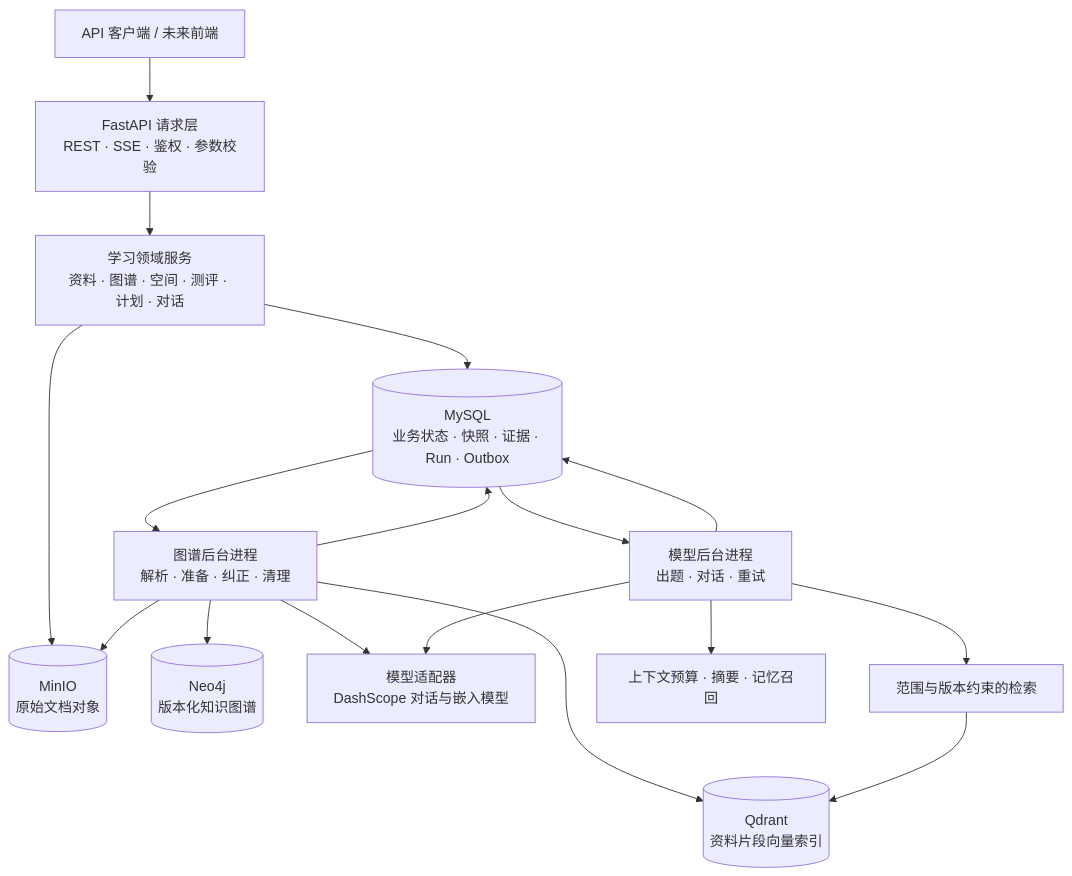
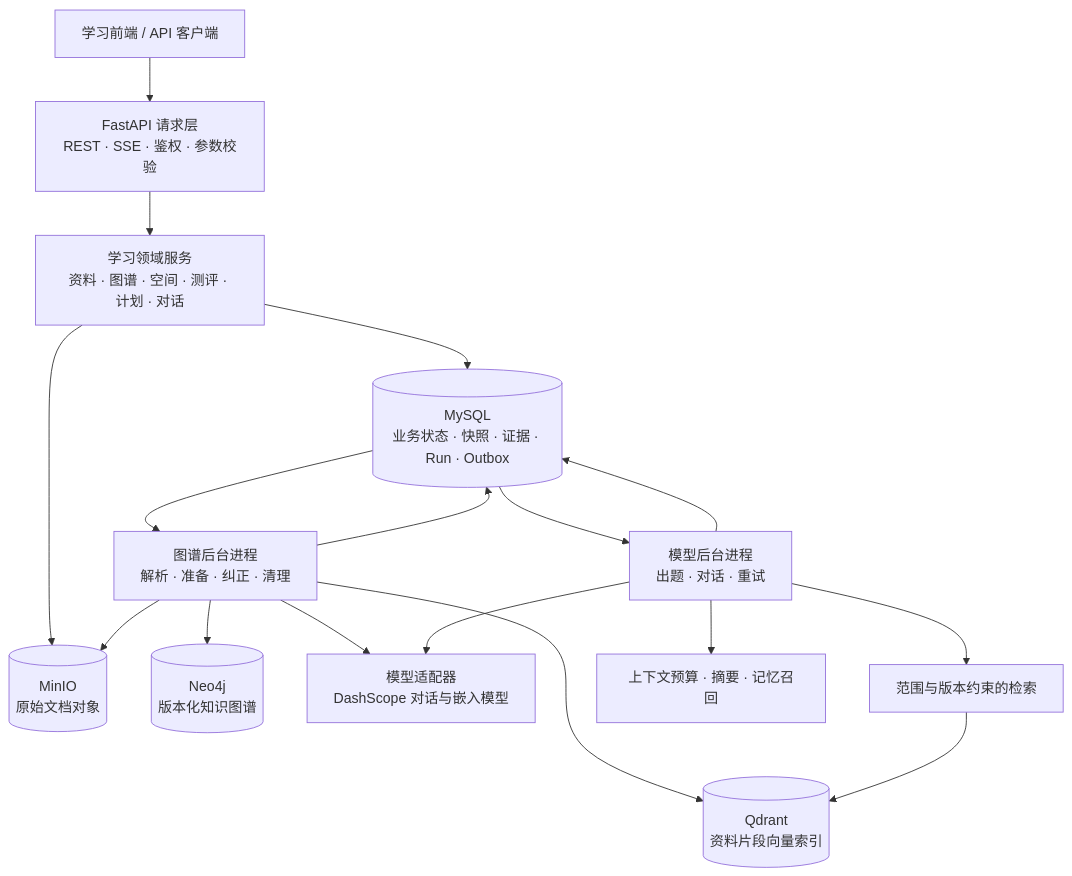
The second of 3 diagrams in README.md (yinon-0102/KnowPath), drawn with Mermaid before and after one commit. The commit also changed other lines of this file and 9 other files, not shown here.

````diff
--- a/README.md
+++ b/README.md
@@ -46,19 +46,19 @@
 ```mermaid
 flowchart TB
-    Client[API 客户端 / 未来前端] --> API[FastAPI 请求层<br/>REST · SSE · 鉴权 · 参数校验]
+    Client[学习前端 / API 客户端] --> API[FastAPI 请求层<br/>REST · SSE · 鉴权 · 参数校验]
     API --> Domain[学习领域服务<br/>资料 · 图谱 · 空间 · 测评 · 计划 · 对话]
     Domain --> SQL[(MySQL<br/>业务状态 · 快照 · 证据 · Run · Outbox)]
     Domain --> MinIO[(MinIO<br/>原始文档对象)]
     GraphWorker --> MinIO
     SQL --> GraphWorker[图谱后台进程<br/>解析 · 准备 · 纠正 · 清理]
     SQL --> ModelWorker[模型后台进程<br/>出题 · 对话 · 重试]
     GraphWorker --> Neo4j[(Neo4j<br/>版本化知识图谱)]
     GraphWorker --> Qdrant[(Qdrant<br/>资料片段向量索引)]
     GraphWorker --> Providers[模型适配器<br/>DashScope 对话与嵌入模型]
     ModelWorker --> RAG[范围与版本约束的检索]
     RAG --> Qdrant
     ModelWorker --> Context[上下文预算 · 摘要 · 记忆召回]
     ModelWorker --> Providers
     GraphWorker --> SQL
     ModelWorker --> SQL
 ```
````
